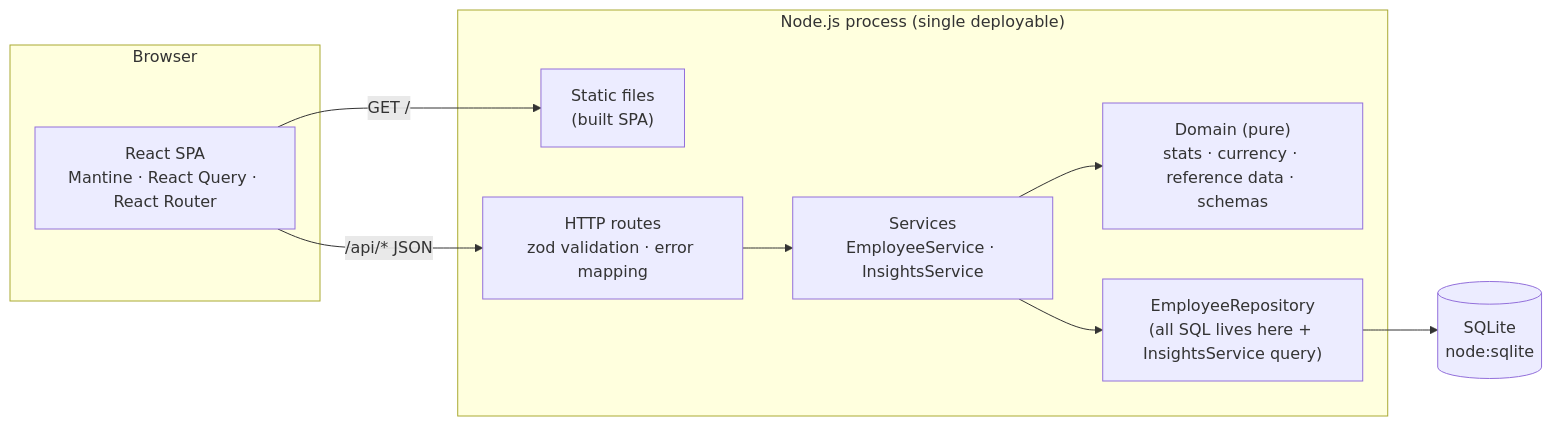
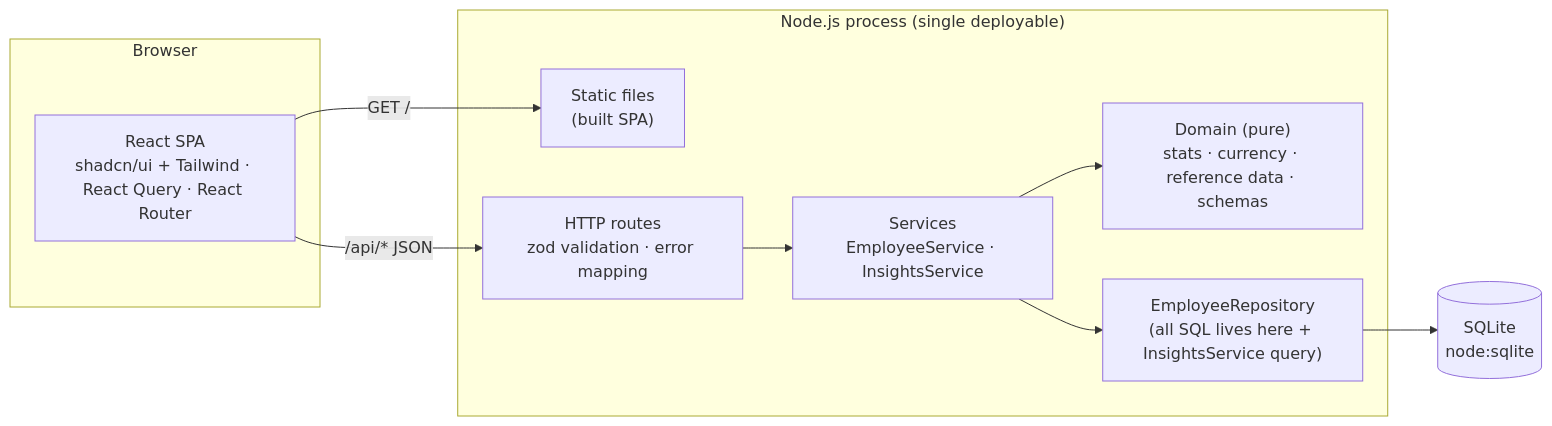
One commit to pratixmistry/incubyte-assessment changed the first of 2 diagrams in docs/ARCHITECTURE.md. Above: the diagram before and after it, drawn with Mermaid. The commit also changed 3 other files, not shown here.

````diff
--- a/docs/ARCHITECTURE.md
+++ b/docs/ARCHITECTURE.md
@@ -5,21 +5,21 @@
 ```mermaid
 flowchart LR
   subgraph Browser
-    UI["React SPA<br/>Mantine · React Query · React Router"]
+    UI["React SPA<br/>shadcn/ui + Tailwind · React Query · React Router"]
   end
   subgraph "Node.js process (single deployable)"
     Static["Static files<br/>(built SPA)"]
     Routes["HTTP routes<br/>zod validation · error mapping"]
     Services["Services<br/>EmployeeService · InsightsService"]
     Domain["Domain (pure)<br/>stats · currency · reference data · schemas"]
     Repo["EmployeeRepository<br/>(all SQL lives here + InsightsService query)"]
   end
   DB[("SQLite<br/>node:sqlite")]
 
   UI -- "GET /" --> Static
   UI -- "/api/* JSON" --> Routes
   Routes --> Services
   Services --> Domain
   Services --> Repo
   Repo --> DB
 ```
````
